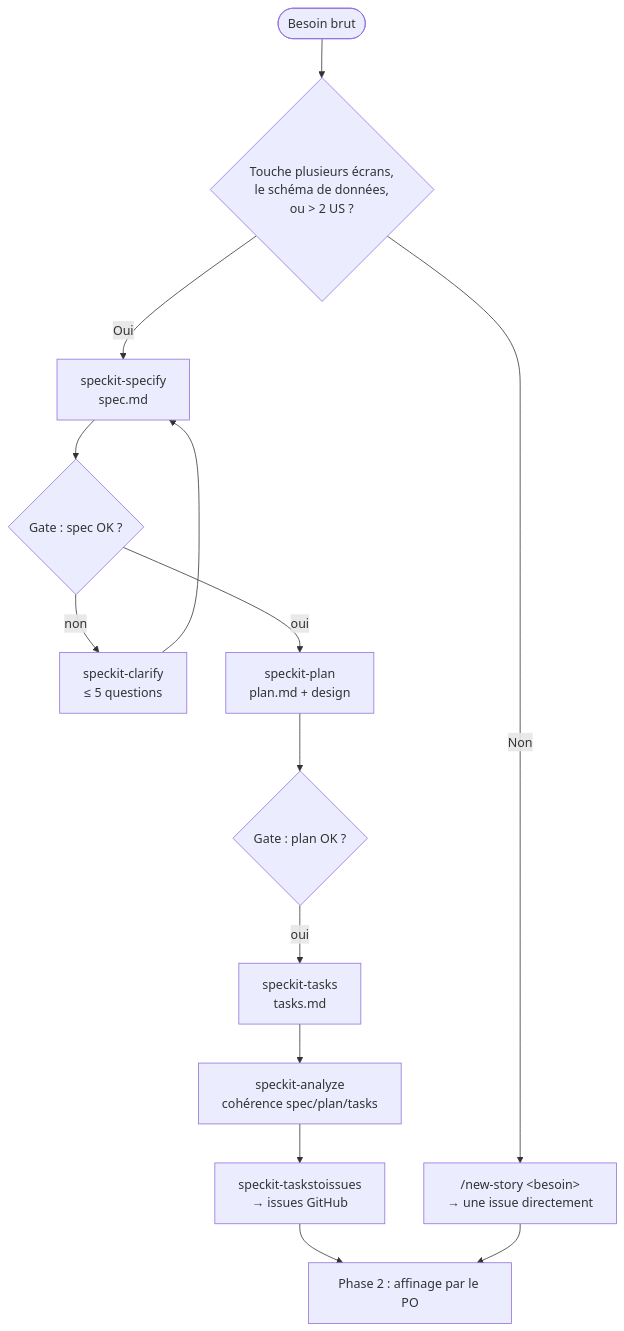
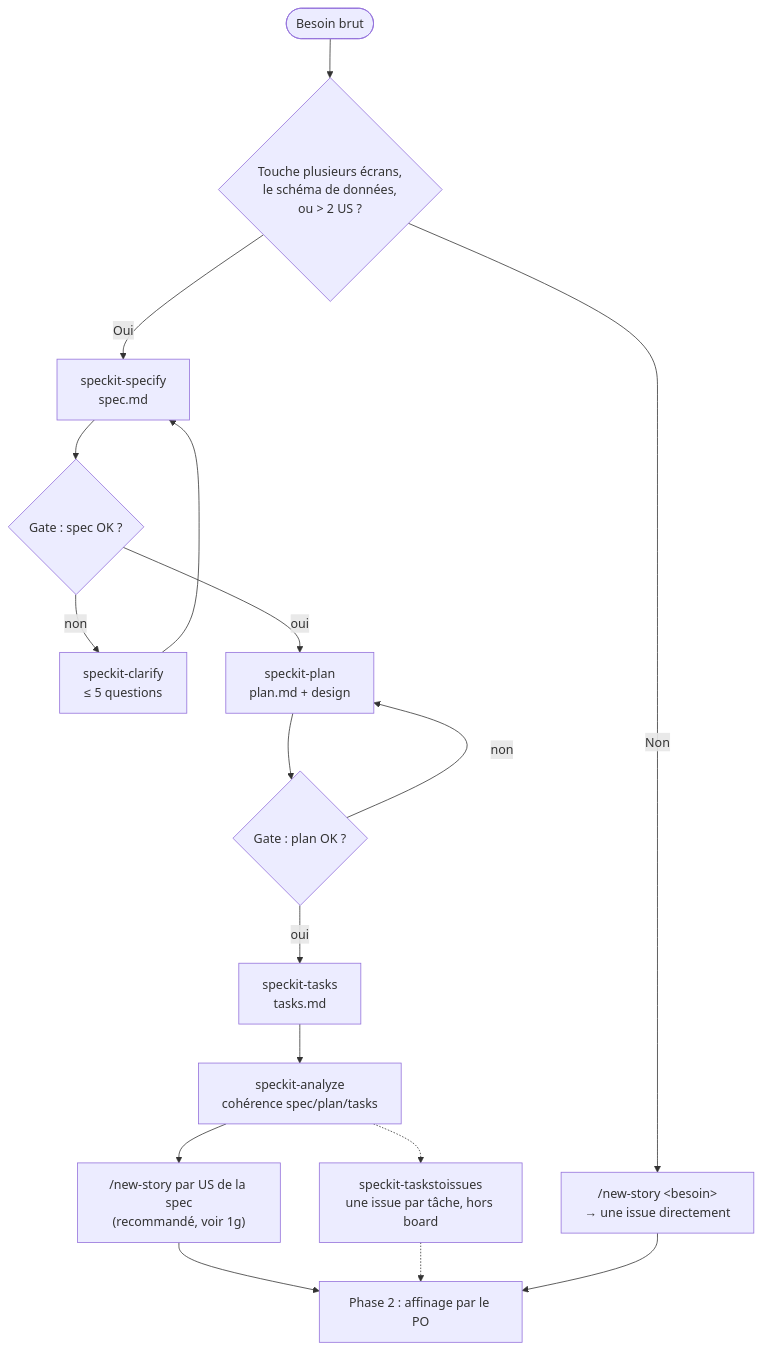
The fourth of 12 diagrams in docs/SDLC.md (mehdisebei-debug/KIDS-APP), drawn with Mermaid before and after one commit. The commit also changed other lines of this file, not shown here.

First line of the commit message:
chore: complète la doc SDLC (parcours en commandes + détail Spec-Kit) (#20)

````diff
--- a/docs/SDLC.md
+++ b/docs/SDLC.md
@@ -192,15 +240,18 @@
 ```mermaid
 flowchart TD
     I([Besoin brut]) --> Q{"Touche plusieurs écrans,<br/>le schéma de données,<br/>ou > 2 US ?"}
     Q -- Non --> S1["/new-story &lt;besoin&gt;<br/>→ une issue directement"]
     Q -- Oui --> S2[speckit-specify<br/>spec.md]
     S2 --> G1{Gate : spec OK ?}
     G1 -- non --> CL[speckit-clarify<br/>≤ 5 questions] --> S2
     G1 -- oui --> P[speckit-plan<br/>plan.md + design]
     P --> G2{Gate : plan OK ?}
+    G2 -- non --> P
     G2 -- oui --> T[speckit-tasks<br/>tasks.md]
     T --> AN[speckit-analyze<br/>cohérence spec/plan/tasks]
-    AN --> TI[speckit-taskstoissues<br/>→ issues GitHub]
+    AN --> TI["/new-story par US de la spec<br/>(recommandé, voir 1g)"]
+    AN -.-> TI2[speckit-taskstoissues<br/>une issue par tâche, hors board]
     TI --> R[Phase 2 : affinage par le PO]
+    TI2 -.-> R
     S1 --> R
 ```
````
